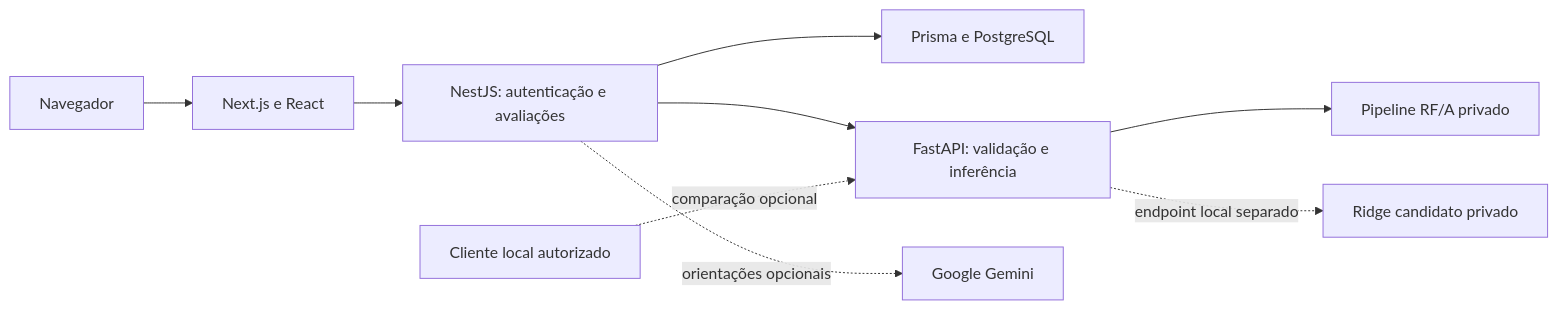
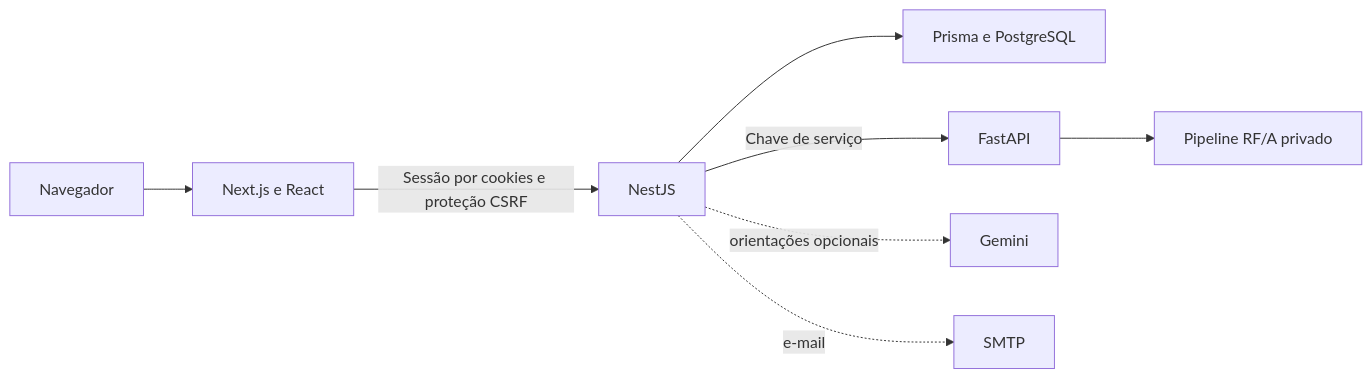
Before and after one commit to MiltonPenha/BurnoutSense: the diagram in README.md, drawn with Mermaid. The commit also changed other lines of this file and 32 other files, not shown here.

````diff
--- a/README.md
+++ b/README.md
@@ -50,11 +25,10 @@
 ```mermaid
 flowchart LR
   U[Navegador] --> F[Next.js e React]
-  F --> B[NestJS: autenticação e avaliações]
+  F -->|Sessão por cookies e proteção CSRF| B[NestJS]
   B --> P[Prisma e PostgreSQL]
-  B --> A[FastAPI: validação e inferência]
+  B -->|Chave de serviço| A[FastAPI]
   A --> M[Pipeline RF/A privado]
-  B -. orientações opcionais .-> G[Google Gemini]
-  L[Cliente local autorizado] -. comparação opcional .-> A
-  A -. endpoint local separado .-> S[Ridge candidato privado]
+  B -. orientações opcionais .-> G[Gemini]
+  B -. e-mail .-> S[SMTP]
 ```
````
